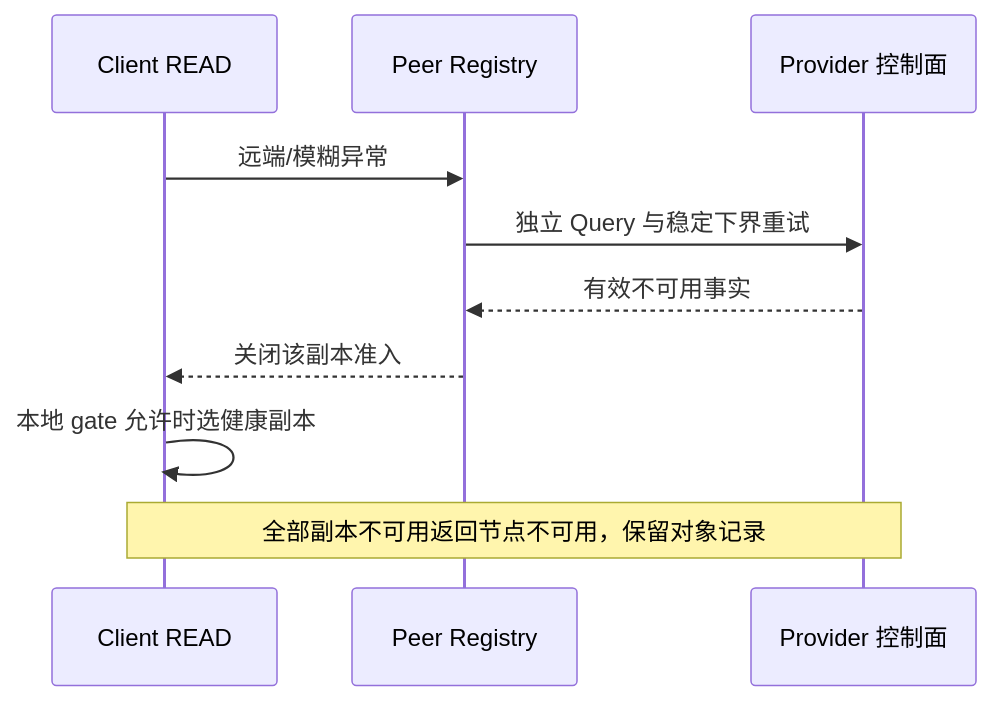
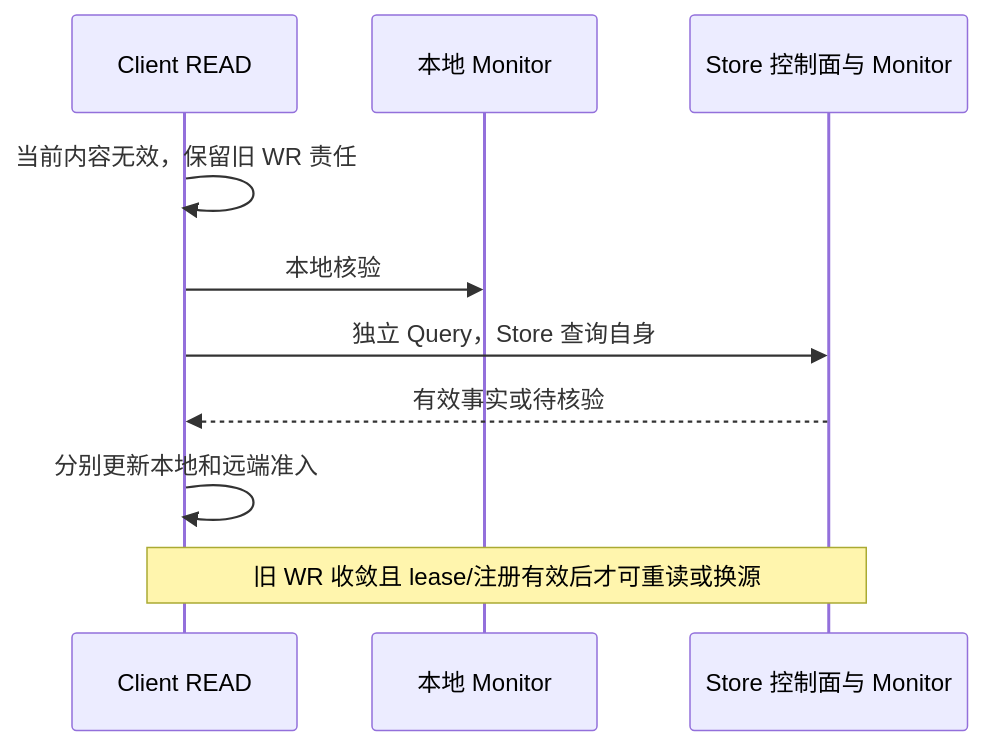
The fifth of 7 diagrams in docs/analyze/ub_fault_isolation_design.md (HangCong126/Supercache), drawn with Mermaid before and after one commit. The commit also changed other lines of this file, not shown here.

````diff
--- a/docs/analyze/ub_fault_isolation_design.md
+++ b/docs/analyze/ub_fault_isolation_design.md
@@ -255,12 +348,12 @@
 ```mermaid
 sequenceDiagram
     participant C as Client READ
-    participant R as Peer Registry
-    participant S as Provider 控制面
-    C->>R: 远端/模糊异常
-    R->>S: 独立 Query 与稳定下界重试
-    S-->>R: 有效不可用事实
-    R-->>C: 关闭该副本准入
-    C->>C: 本地 gate 允许时选健康副本
-    Note over C,S: 全部副本不可用返回节点不可用，保留对象记录
+    participant L as 本地 Monitor
+    participant S as Store 控制面与 Monitor
+    C->>C: 当前内容无效，保留旧 WR 责任
+    C->>L: 本地核验
+    C->>S: 独立 Query，Store 查询自身
+    S-->>C: 有效事实或待核验
+    C->>C: 分别更新本地和远端准入
+    Note over C,S: 旧 WR 收敛且 lease/注册有效后才可重读或换源
 ```
````
